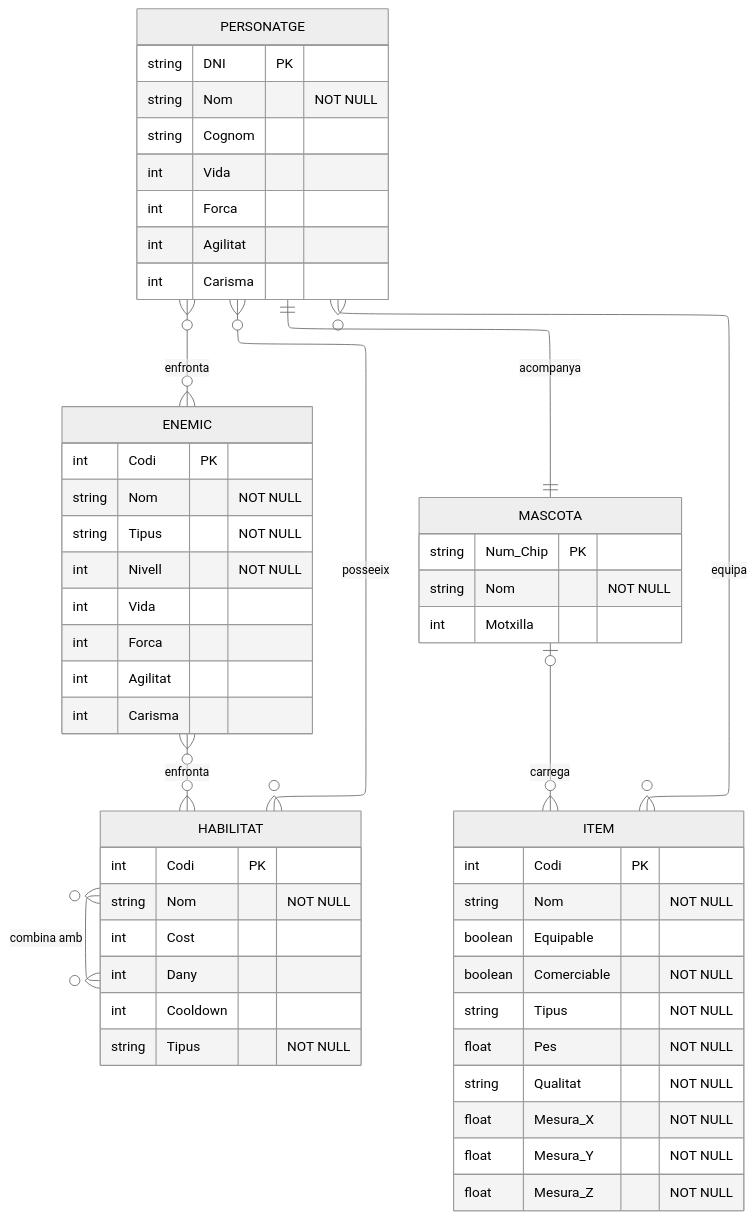
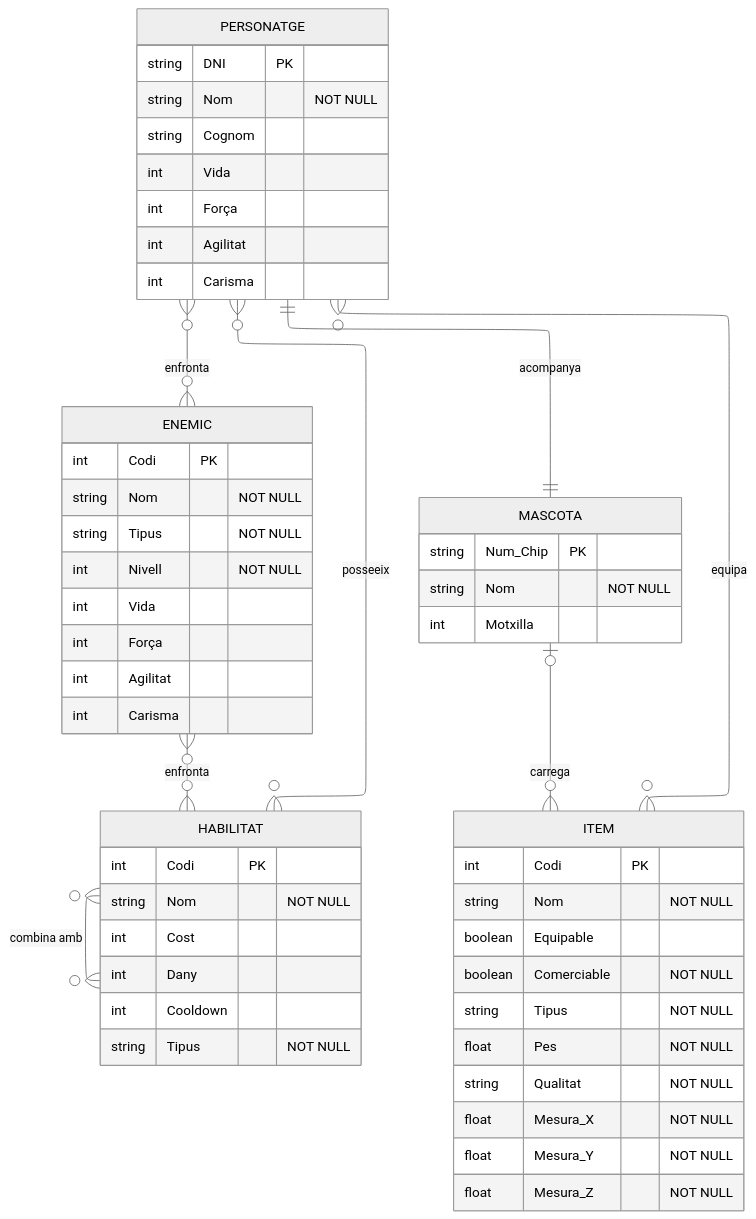
Diagram 26 of 26 in GBD/activitat-02-diagrama-er/diagrama-er-mermaid.md (davidballesteross/Lliuraments-2627), drawn with Mermaid before and after one commit. The commit also changed other lines of this file, not shown here.

````diff
--- a/GBD/activitat-02-diagrama-er/diagrama-er-mermaid.md
+++ b/GBD/activitat-02-diagrama-er/diagrama-er-mermaid.md
@@ -423,61 +425,61 @@
 ```mermaid
 ---
 config:
   theme: neutral
   look: classic
   layout: elk
 ---
 erDiagram
     PERSONATGE {
         string DNI PK
         string Nom "NOT NULL"
         string Cognom
         int Vida
-        int Forca
+        int Força
         int Agilitat
         int Carisma
     }
     HABILITAT {
         int Codi PK
         string Nom "NOT NULL"
         int Cost
         int Dany
         int Cooldown
         string Tipus "NOT NULL"
     }
     ENEMIC {
         int Codi PK
         string Nom "NOT NULL"
         string Tipus "NOT NULL"
         int Nivell "NOT NULL"
         int Vida
-        int Forca
+        int Força
         int Agilitat
         int Carisma
     }
     MASCOTA {
         string Num_Chip PK
         string Nom "NOT NULL"
         int Motxilla
     }
     ITEM {
         int Codi PK
         string Nom "NOT NULL"
         boolean Equipable
         boolean Comerciable "NOT NULL"
         string Tipus "NOT NULL"
         float Pes "NOT NULL"
         string Qualitat "NOT NULL"
         float Mesura_X "NOT NULL"
         float Mesura_Y "NOT NULL"
         float Mesura_Z "NOT NULL"
     }
 
     PERSONATGE }o--o{ HABILITAT : posseeix
     PERSONATGE }o--o{ ITEM : equipa
     PERSONATGE }o--o{ ENEMIC : enfronta
     ENEMIC }o--o{ HABILITAT : enfronta
     HABILITAT }o--o{ HABILITAT : "combina amb"
     PERSONATGE ||--|| MASCOTA : acompanya
     MASCOTA |o--o{ ITEM : carrega
 ```
````
